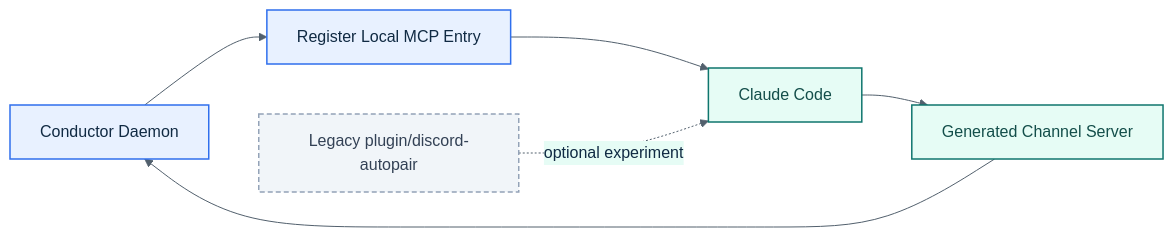
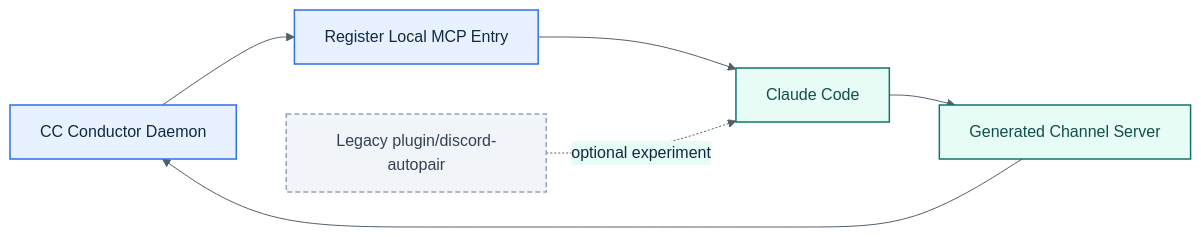
The diagram in docs/mcp-plugin.md (mattstechadventures/cc-conductor), drawn with Mermaid before and after one commit. The commit also changed other lines of this file and 66 other files, not shown here.

````diff
--- a/docs/mcp-plugin.md
+++ b/docs/mcp-plugin.md
@@ -9,17 +9,17 @@
 ```mermaid
 %%{init: {'theme':'base','themeVariables': {'background':'#ffffff','primaryColor':'#E8F1FF','primaryTextColor':'#102A43','primaryBorderColor':'#2F6FED','lineColor':'#52606D','secondaryColor':'#E6FCF5','tertiaryColor':'#FFF4E6','fontFamily':'Segoe UI, Arial, sans-serif'}}}%%
 flowchart LR
-    Daemon[Conductor Daemon] --> Register[Register Local MCP Entry]
+    Daemon[CC Conductor Daemon] --> Register[Register Local MCP Entry]
     Register --> Claude[Claude Code]
     Claude --> Channel[Generated Channel Server]
     Channel --> Daemon
     Legacy[Legacy plugin/discord-autopair] -. optional experiment .-> Claude
 
     classDef control fill:#E8F1FF,stroke:#2F6FED,color:#102A43,stroke-width:1.5px;
     classDef runtime fill:#E6FCF5,stroke:#0F766E,color:#134E4A,stroke-width:1.5px;
     classDef legacy fill:#F1F5F9,stroke:#94A3B8,color:#334155,stroke-width:1.5px,stroke-dasharray: 5 3;
 
     class Daemon,Register control;
     class Claude,Channel runtime;
     class Legacy legacy;
 ```
````
